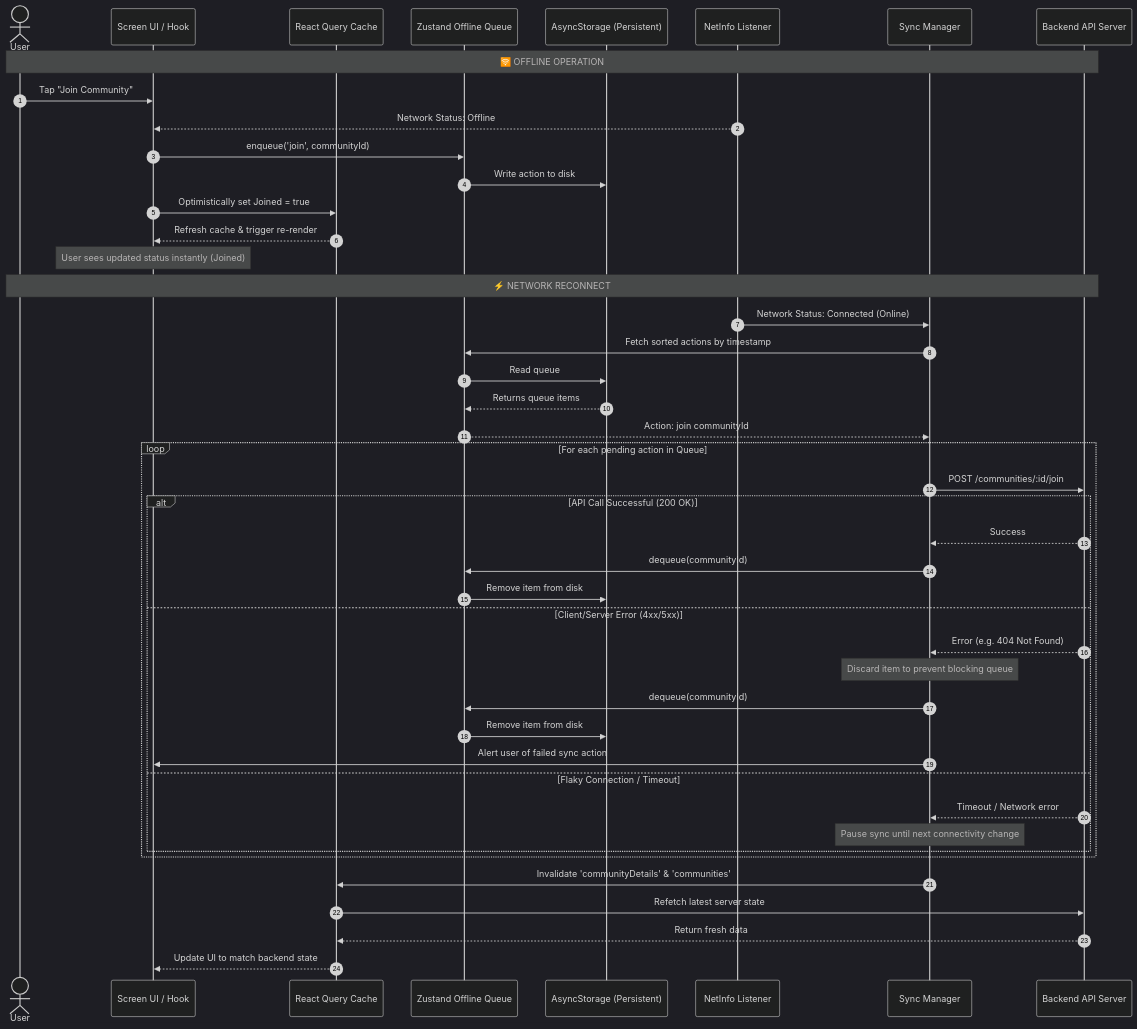
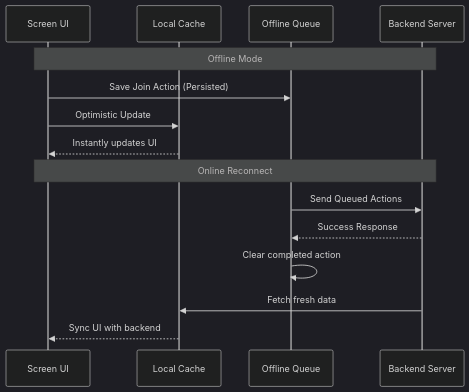
The third of 3 diagrams in README.md (hi-kuldeep/communityHub), drawn with Mermaid (dark theme) before and after one commit. The commit also changed other lines of this file, not shown here.

Commit message:
docs: simplify architecture documentation and improve setup instructions in README.md

````diff
--- a/README.md
+++ b/README.md
@@ -118,51 +138,19 @@
 ```mermaid
 sequenceDiagram
-    autonumber
-    actor User as User
-    participant UI as Screen UI / Hook
-    participant Cache as React Query Cache
-    participant Queue as Zustand Offline Queue
-    participant Storage as AsyncStorage (Persistent)
-    participant NetInfo as NetInfo Listener
-    participant Sync as Sync Manager
-    participant Server as Backend API Server
+    participant UI as Screen UI
+    participant Cache as Local Cache
+    participant Queue as Offline Queue
+    participant Server as Backend Server
 
-    Note over User, Server: 🛜 OFFLINE OPERATION
-    User ->> UI: Tap "Join Community"
-    NetInfo -->> UI: Network Status: Offline
-    UI ->> Queue: enqueue('join', communityId)
-    Queue ->> Storage: Write action to disk
-    UI ->> Cache: Optimistically set Joined = true
-    Cache -->> UI: Refresh cache & trigger re-render
-    Note over UI: User sees updated status instantly (Joined)
+    Note over UI, Server: Offline Mode
+    UI->>Queue: Save Join Action (Persisted)
+    UI->>Cache: Optimistic Update
+    Cache-->>UI: Instantly updates UI
 
-    Note over User, Server: ⚡ NETWORK RECONNECT
-    NetInfo ->> Sync: Network Status: Connected (Online)
-    Sync ->> Queue: Fetch sorted actions by timestamp
-    Queue ->> Storage: Read queue
-    Storage -->> Queue: Returns queue items
-    Queue -->> Sync: Action: join communityId
-
-    loop For each pending action in Queue
-        Sync ->> Server: POST /communities/:id/join
-        alt API Call Successful (200 OK)
-            Server -->> Sync: Success
-            Sync ->> Queue: dequeue(communityId)
-            Queue ->> Storage: Remove item from disk
-        else Client/Server Error (4xx/5xx)
-            Server -->> Sync: Error (e.g. 404 Not Found)
-            Note over Sync: Discard item to prevent blocking queue
-            Sync ->> Queue: dequeue(communityId)
-            Queue ->> Storage: Remove item from disk
-            Sync ->> UI: Alert user of failed sync action
-        else Flaky Connection / Timeout
-            Server -->> Sync: Timeout / Network error
-            Note over Sync: Pause sync until next connectivity change
-        end
-    end
-
-    Sync ->> Cache: Invalidate 'communityDetails' & 'communities'
-    Cache ->> Server: Refetch latest server state
-    Server -->> Cache: Return fresh data
-    Cache -->> UI: Update UI to match backend state
+    Note over UI, Server: Online Reconnect
+    Queue->>Server: Send Queued Actions
+    Server-->>Queue: Success Response
+    Queue->>Queue: Clear completed action
+    Server->>Cache: Fetch fresh data
+    Cache-->>UI: Sync UI with backend
 ```
````
